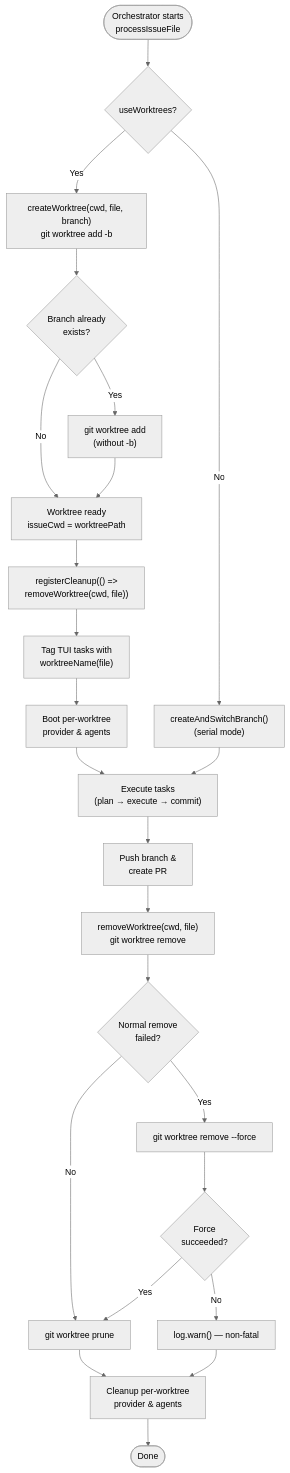
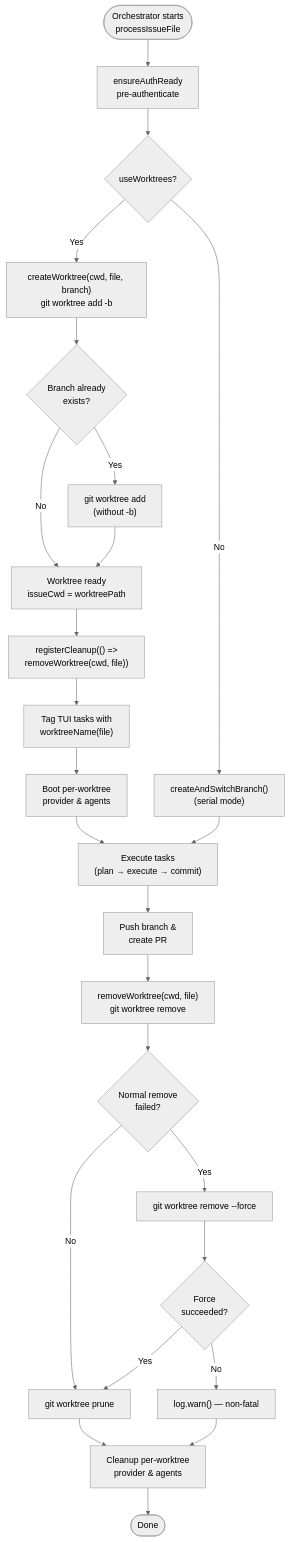
Before and after one commit to PatrickRuddiman/Dispatch: the diagram in docs/git-and-worktree/overview.md, drawn with Mermaid (neutral theme). The commit also changed other lines of this file and 252 other files, not shown here.

````diff
--- a/docs/git-and-worktree/overview.md
+++ b/docs/git-and-worktree/overview.md
@@ -42,27 +76,28 @@
 ```mermaid
 flowchart TD
-    Start([Orchestrator starts<br/>processIssueFile]) --> Check{useWorktrees?}
+    Start([Orchestrator starts<br/>processIssueFile]) --> Auth[ensureAuthReady<br/>pre-authenticate]
+    Auth --> Check{useWorktrees?}
     Check -- No --> SerialBranch["createAndSwitchBranch()<br/>(serial mode)"]
     Check -- Yes --> Create["createWorktree(cwd, file, branch)<br/>git worktree add -b"]
     Create --> BranchExists{Branch already<br/>exists?}
     BranchExists -- No --> Created["Worktree ready<br/>issueCwd = worktreePath"]
     BranchExists -- Yes --> Retry["git worktree add<br/>(without -b)"]
     Retry --> Created
     Created --> RegisterCleanup["registerCleanup(() =><br/>removeWorktree(cwd, file))"]
     RegisterCleanup --> TagTUI["Tag TUI tasks with<br/>worktreeName(file)"]
     TagTUI --> BootProvider["Boot per-worktree<br/>provider & agents"]
     BootProvider --> Execute["Execute tasks<br/>(plan → execute → commit)"]
     Execute --> PushBranch["Push branch &<br/>create PR"]
     PushBranch --> Remove["removeWorktree(cwd, file)<br/>git worktree remove"]
     Remove --> ForceNeeded{Normal remove<br/>failed?}
     ForceNeeded -- No --> Prune["git worktree prune"]
     ForceNeeded -- Yes --> ForceRemove["git worktree remove --force"]
     ForceRemove --> ForceOk{Force<br/>succeeded?}
     ForceOk -- Yes --> Prune
     ForceOk -- No --> WarnOnly["log.warn() — non-fatal"]
     Prune --> CleanupAgents["Cleanup per-worktree<br/>provider & agents"]
     WarnOnly --> CleanupAgents
     CleanupAgents --> Done([Done])
 
     SerialBranch --> Execute
 ```
````
